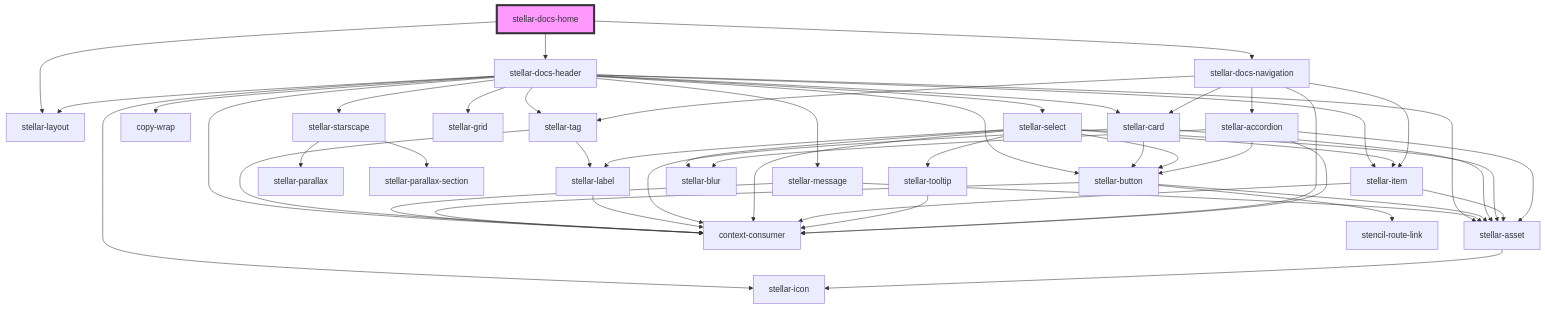
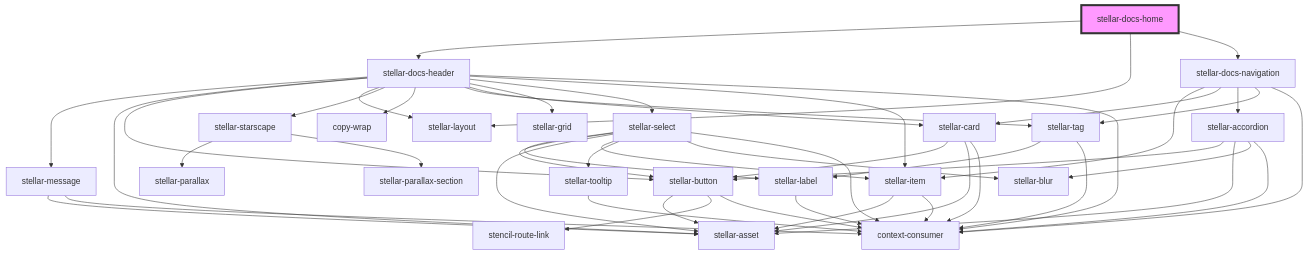
Before and after one commit to splitinfinities/Stellar: the diagram in src/components/docs/home/readme.md, drawn with Mermaid. The commit also changed 49 other files, not shown here.

````diff
--- a/src/components/docs/home/readme.md
+++ b/src/components/docs/home/readme.md
@@ -17,53 +17,51 @@
 ```mermaid
 graph TD;
   stellar-docs-home --> stellar-docs-header
   stellar-docs-home --> stellar-layout
   stellar-docs-home --> stellar-docs-navigation
   stellar-docs-header --> stellar-message
   stellar-docs-header --> stellar-asset
   stellar-docs-header --> stellar-button
   stellar-docs-header --> stellar-layout
   stellar-docs-header --> stellar-starscape
   stellar-docs-header --> copy-wrap
-  stellar-docs-header --> stellar-icon
   stellar-docs-header --> stellar-tag
   stellar-docs-header --> stellar-card
   stellar-docs-header --> stellar-grid
   stellar-docs-header --> stellar-select
   stellar-docs-header --> stellar-item
   stellar-docs-header --> context-consumer
   stellar-message --> stellar-asset
   stellar-message --> context-consumer
-  stellar-asset --> stellar-icon
   stellar-button --> stellar-asset
   stellar-button --> stencil-route-link
   stellar-button --> context-consumer
   stellar-starscape --> stellar-parallax
   stellar-starscape --> stellar-parallax-section
   stellar-tag --> stellar-label
   stellar-tag --> context-consumer
   stellar-label --> context-consumer
   stellar-card --> stellar-button
   stellar-card --> stellar-asset
   stellar-card --> context-consumer
   stellar-select --> stellar-label
   stellar-select --> stellar-button
   stellar-select --> stellar-asset
   stellar-select --> stellar-item
   stellar-select --> stellar-tooltip
   stellar-select --> stellar-blur
   stellar-select --> context-consumer
   stellar-item --> stellar-asset
   stellar-item --> context-consumer
   stellar-tooltip --> context-consumer
   stellar-docs-navigation --> stellar-item
   stellar-docs-navigation --> stellar-card
   stellar-docs-navigation --> stellar-accordion
   stellar-docs-navigation --> stellar-tag
   stellar-docs-navigation --> context-consumer
   stellar-accordion --> stellar-button
   stellar-accordion --> stellar-asset
   stellar-accordion --> stellar-blur
   stellar-accordion --> context-consumer
   style stellar-docs-home fill:#f9f,stroke:#333,stroke-width:4px
 ```
````
